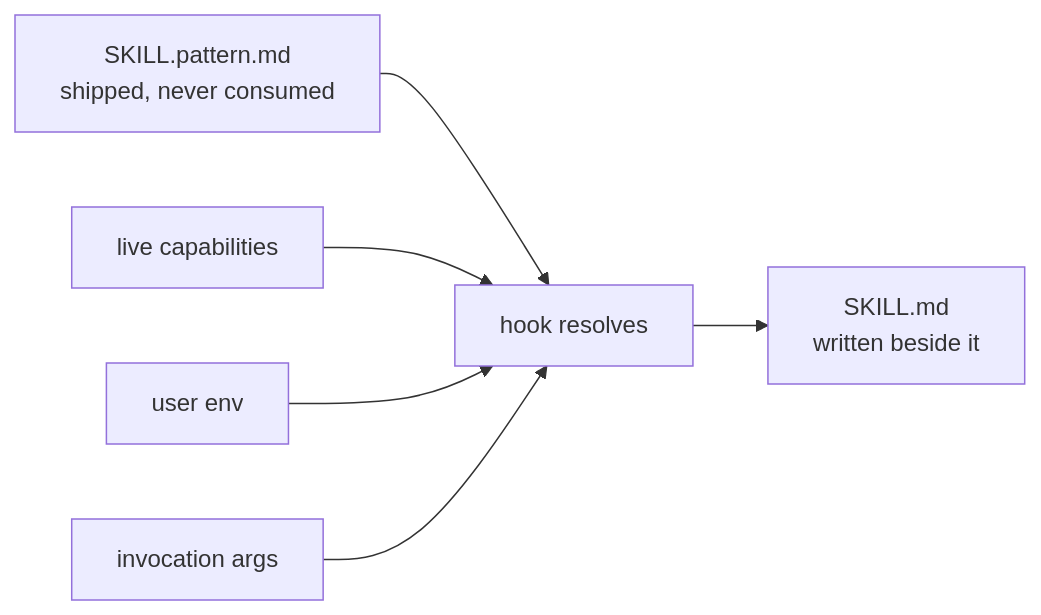
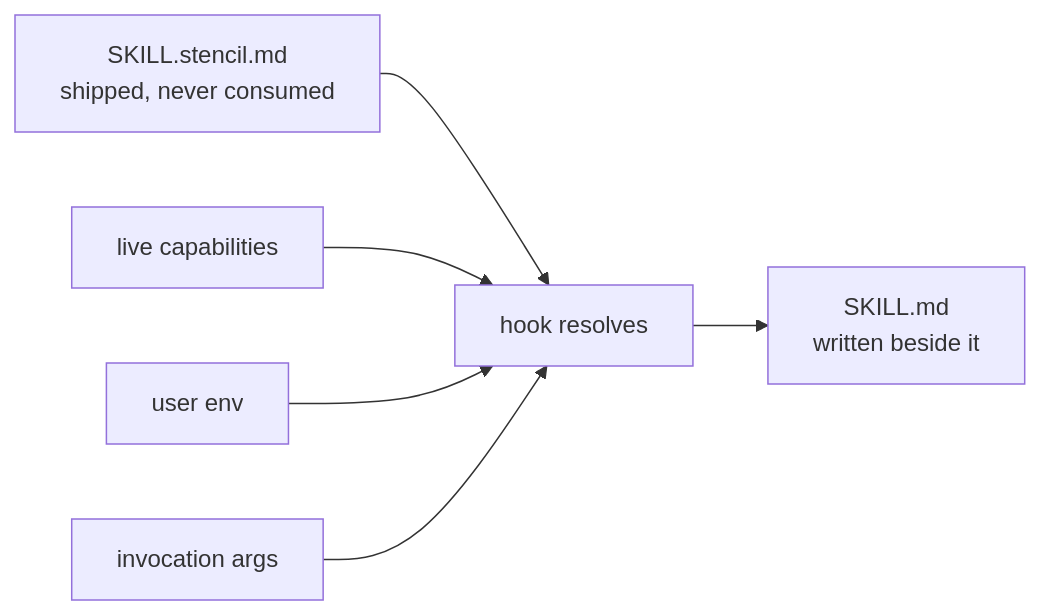
The first of 2 diagrams in docs/adr/0005-templating-binds-at-build-time-and-at-runtime.md (piyushsatti/foundry), drawn with Mermaid before and after one commit. The commit also changed other lines of this file and 2 other files, not shown here.

````diff
--- a/docs/adr/0005-templating-binds-at-build-time-and-at-runtime.md
+++ b/docs/adr/0005-templating-binds-at-build-time-and-at-runtime.md
@@ -97,8 +97,8 @@
 ```mermaid
 graph LR
-  S[SKILL.pattern.md<br/>shipped, never consumed] --> H[hook resolves]
+  S[SKILL.stencil.md<br/>shipped, never consumed] --> H[hook resolves]
   L[live capabilities] --> H
   E[user env] --> H
   A[invocation args] --> H
   H --> M[SKILL.md<br/>written beside it]
 ```
````
